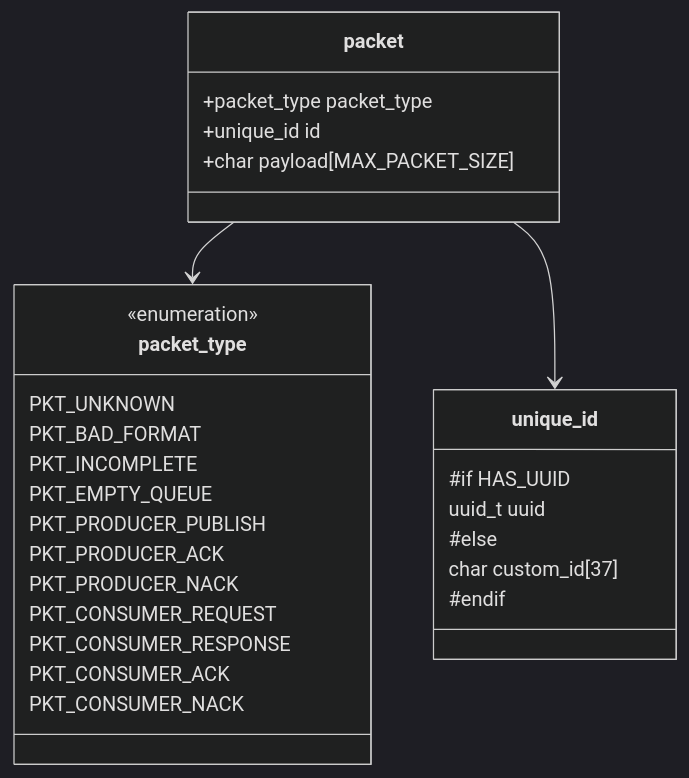
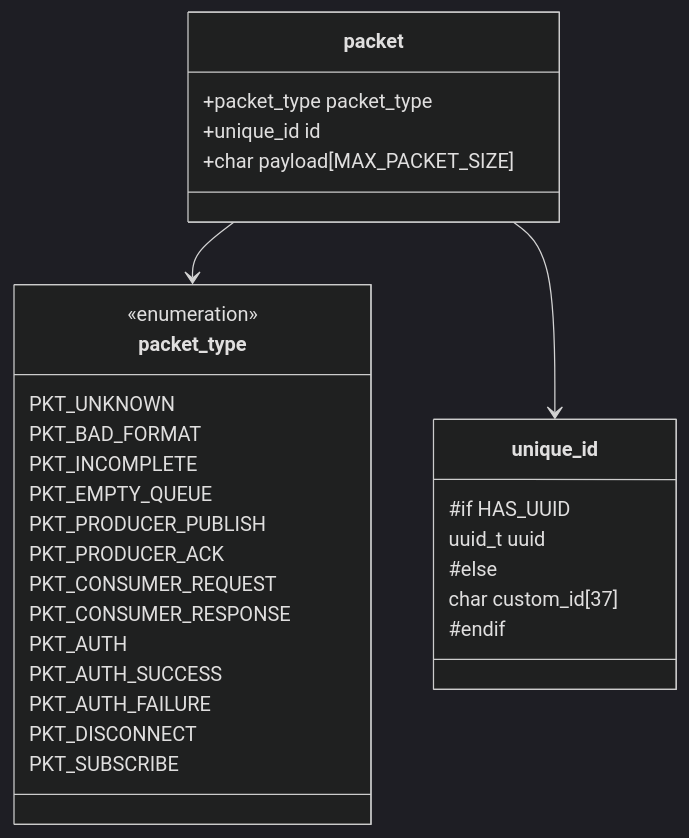
The second of 4 diagrams in README.md (Stoica-Cristian/PSOP), drawn with Mermaid (dark theme) before and after one commit. The commit also changed other lines of this file, not shown here.

````diff
--- a/README.md
+++ b/README.md
@@ -98,34 +116,36 @@
 ```mermaid
 classDiagram
     class packet {
         +packet_type packet_type
         +unique_id id
         +char payload[MAX_PACKET_SIZE]
     }
 
     class packet_type {
         <<enumeration>>
         PKT_UNKNOWN
         PKT_BAD_FORMAT
         PKT_INCOMPLETE
         PKT_EMPTY_QUEUE
         PKT_PRODUCER_PUBLISH
         PKT_PRODUCER_ACK
-        PKT_PRODUCER_NACK
         PKT_CONSUMER_REQUEST
         PKT_CONSUMER_RESPONSE
-        PKT_CONSUMER_ACK
-        PKT_CONSUMER_NACK
+        PKT_AUTH
+        PKT_AUTH_SUCCESS
+        PKT_AUTH_FAILURE
+        PKT_DISCONNECT
+        PKT_SUBSCRIBE
     }
 
     class unique_id {
         #if HAS_UUID
         uuid_t uuid
         #else
         char custom_id[37]
         #endif
     }
 
     packet --> packet_type
     packet --> unique_id
 ```
````
